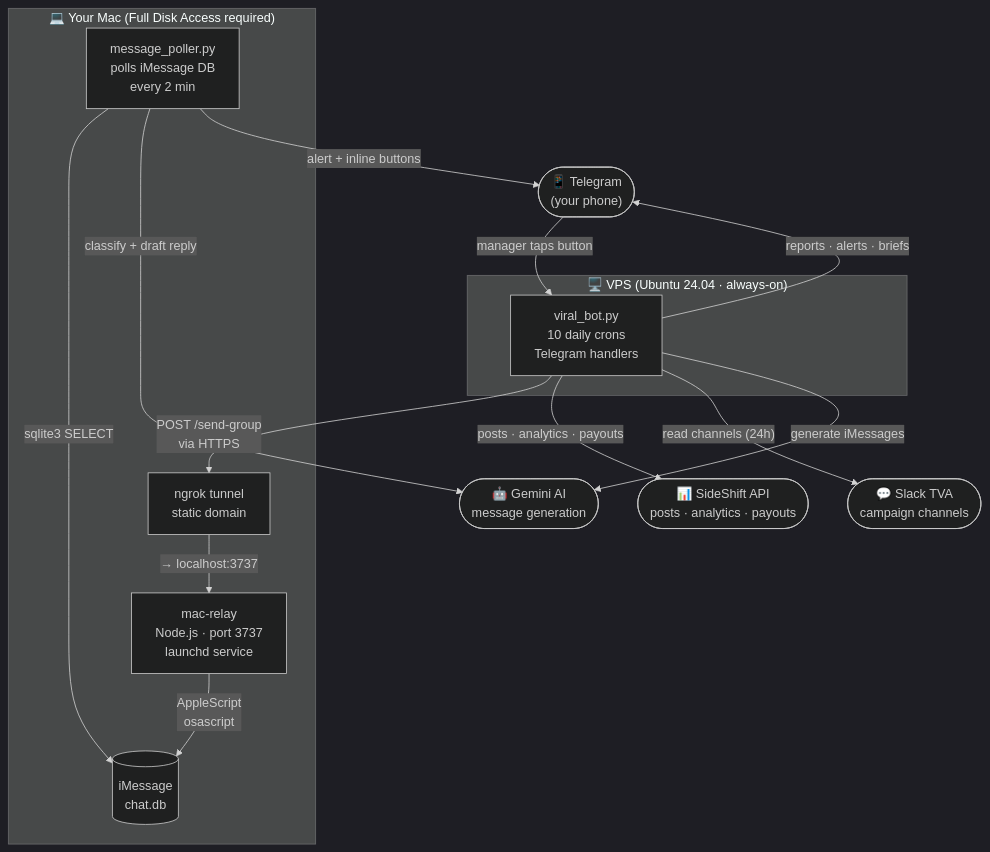
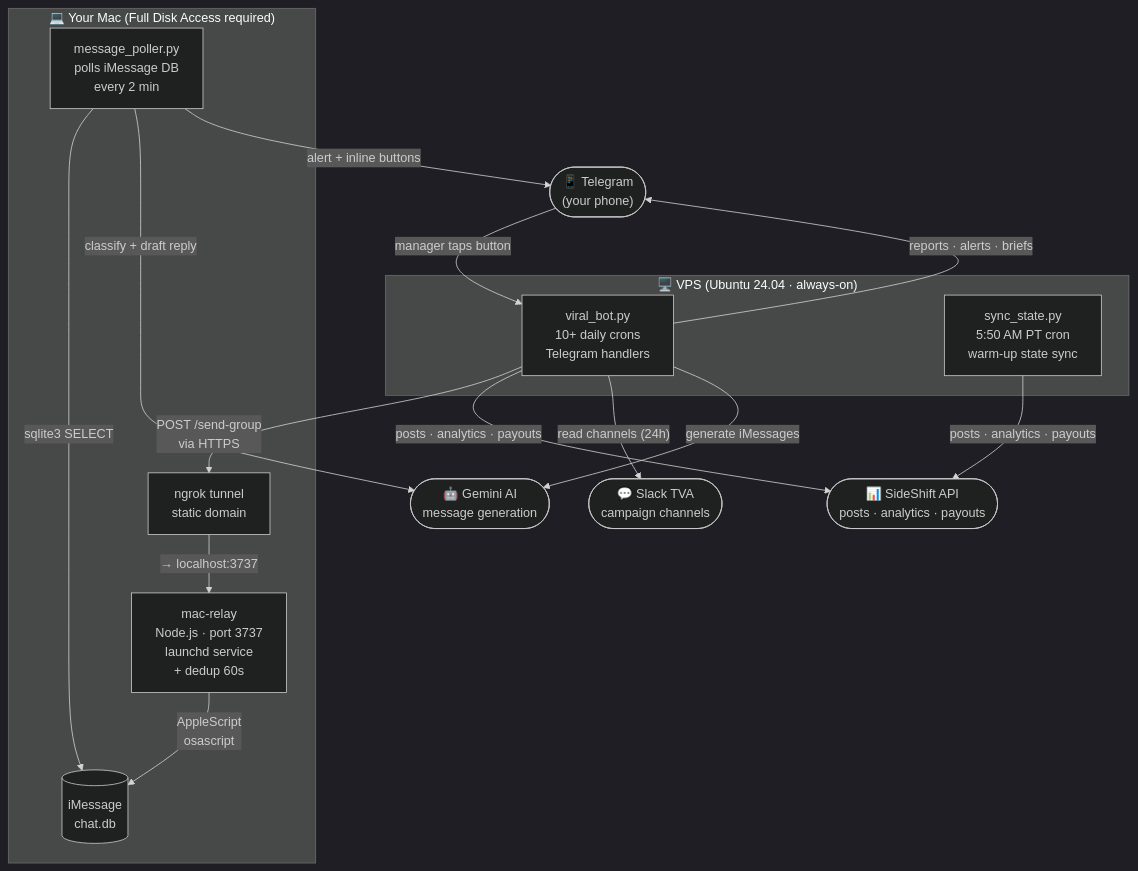
One commit to RubenLovera/viral-agent changed the first of 4 diagrams in README.md. Above: the diagram before and after it, drawn with Mermaid (dark theme). The commit also changed other lines of this file and 4 other files, not shown here.

````diff
--- a/README.md
+++ b/README.md
@@ -50,32 +50,33 @@
 ```mermaid
 graph TB
     subgraph MAC["💻 Your Mac  (Full Disk Access required)"]
-        RELAY["mac-relay\nNode.js · port 3737\nlaunchd service"]
+        RELAY["mac-relay\nNode.js · port 3737\nlaunchd service\n+ dedup 60s"]
         POLLER["message_poller.py\npolls iMessage DB\nevery 2 min"]
         DB[("iMessage\nchat.db")]
         NGROK["ngrok tunnel\nstatic domain"]
     end
 
     subgraph VPS["🖥️ VPS  (Ubuntu 24.04 · always-on)"]
-        BOT["viral_bot.py\n10 daily crons\nTelegram handlers"]
+        BOT["viral_bot.py\n10+ daily crons\nTelegram handlers"]
+        SYNC["sync_state.py\n5:50 AM PT cron\nwarm-up state sync"]
     end
 
     TG(["📱 Telegram\n(your phone)"])
     SS(["📊 SideShift API\nposts · analytics · payouts"])
     SLACK(["💬 Slack TVA\ncampaign channels"])
     AI(["🤖 Gemini AI\nmessage generation"])
 
     BOT -->|"POST /send-group\nvia HTTPS"| NGROK
     NGROK -->|"→ localhost:3737"| RELAY
     RELAY -->|"AppleScript\nosascript"| DB
 
     POLLER -->|"sqlite3 SELECT"| DB
     POLLER -->|"classify + draft reply"| AI
     POLLER -->|"alert + inline buttons"| TG
 
     BOT -->|"reports · alerts · briefs"| TG
     TG -->|"manager taps button"| BOT
-    BOT -->|"posts · analytics · payouts"| SS
+    BOT & SYNC -->|"posts · analytics · payouts"| SS
     BOT -->|"read channels (24h)"| SLACK
     BOT -->|"generate iMessages"| AI
 ```
````
